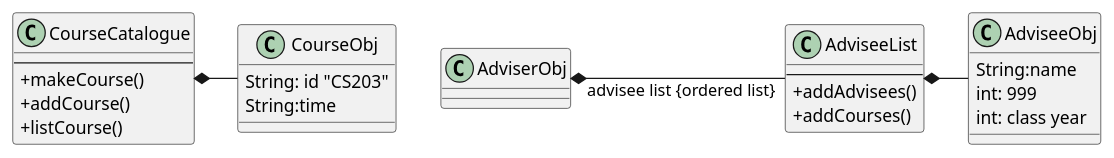
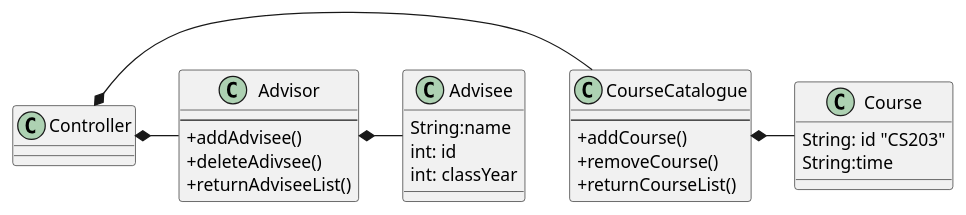
Before and after one commit to Jofosu/professor-student-advising-app: the diagram in Doc/class-diagram.puml, drawn with PlantUML.

Commit message:
Fixed Class diagram to reflect changes

```diff
--- a/Doc/class-diagram.puml
+++ b/Doc/class-diagram.puml
@@ -1,35 +1,34 @@
 @startuml
 skinparam classAttributeIconSize 0
 
 class CourseCatalogue{
 --
-+makeCourse()
 +addCourse()
-+listCourse()
++removeCourse()
++returnCourseList()
 }
 
-class CourseObj{
+class Course{
 String: id "CS203"
 String:time
 }
 
-class AdviserObj{
+class Advisor{
+--
++addAdvisee()
++deleteAdivsee()
++returnAdviseeList()
 }
 
-class AdviseeList{
---
-+addAdvisees()
-+addCourses()
+class Advisee{
+String:name
+int: id
+int: classYear
 }
 
-class AdviseeObj{
-String:name
-int: 999
-int: class year
-}
-
-CourseCatalogue *- CourseObj
-AdviserObj *- " advisee list {ordered list}" AdviseeList: \t \t\t  \t \t
-AdviseeList *- AdviseeObj
+CourseCatalogue *- Course
+Advisor *- Advisee
+Controller *- CourseCatalogue
+Controller *- Advisor
 
 @enduml
```
